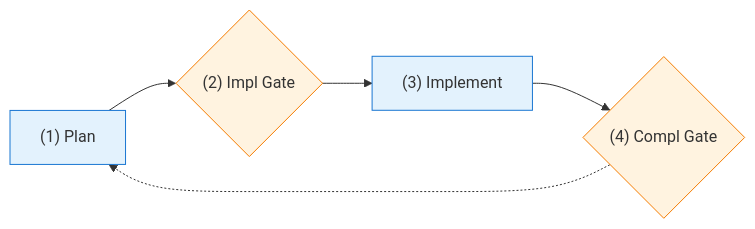
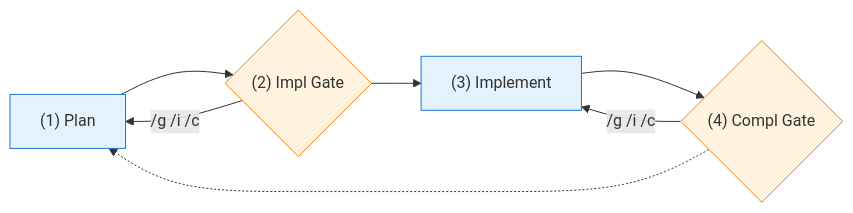
The first of 3 diagrams in README.md (binaryphile/tandem-protocol), drawn with Mermaid before and after one commit. The commit also changed other lines of this file and 9 other files, not shown here.

````diff
--- a/README.md
+++ b/README.md
@@ -61,12 +64,14 @@
 ```mermaid
 flowchart LR
     S1["(1) Plan"] --> S2{"(2) Impl Gate"}
+    S2 -->|"/g /i /c"| S1
     S2 --> S3["(3) Implement"]
     S3 --> S4{"(4) Compl Gate"}
+    S4 -->|"/g /i /c"| S3
     S4 -.-> S1
 
     style S1 fill:#e3f2fd,stroke:#1976d2
     style S3 fill:#e3f2fd,stroke:#1976d2
     style S2 fill:#fff3e0,stroke:#f57c00
     style S4 fill:#fff3e0,stroke:#f57c00
 ```
````
